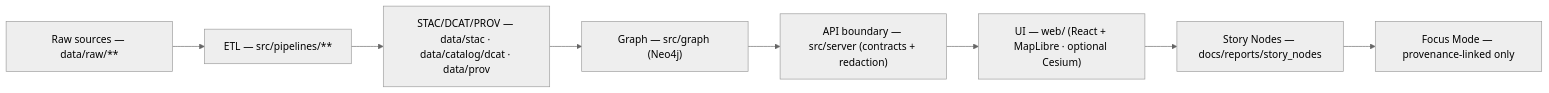
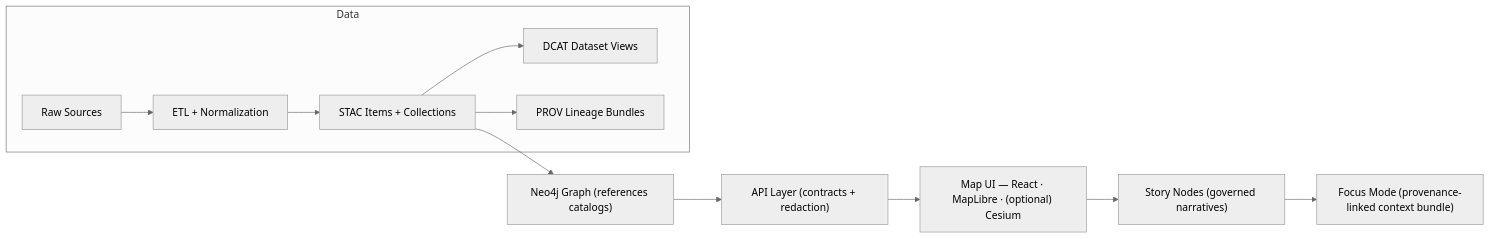
One commit to bartytime4life/Kansas-Frontier-Matrix changed the diagram in README.md. Above: the diagram before and after it, drawn with Mermaid (neutral theme). The commit also changed other lines of this file, not shown here.

```diff
--- a/README.md
+++ b/README.md
@@ -391,10 +82,15 @@
 ~~~mermaid
 flowchart LR
-  R["Raw sources — data/raw/**"] --> A["ETL — src/pipelines/**"]
-  A --> B["STAC/DCAT/PROV — data/stac · data/catalog/dcat · data/prov"]
-  B --> C["Graph — src/graph (Neo4j)"]
-  C --> D["API boundary — src/server (contracts + redaction)"]
-  D --> E["UI — web/ (React + MapLibre · optional Cesium)"]
-  E --> F["Story Nodes — docs/reports/story_nodes"]
-  F --> G["Focus Mode — provenance-linked only"]
+  subgraph Data
+    A["Raw Sources"] --> B["ETL + Normalization"]
+    B --> C["STAC Items + Collections"]
+    C --> D["DCAT Dataset Views"]
+    C --> E["PROV Lineage Bundles"]
+  end
+
+  C --> G["Neo4j Graph (references catalogs)"]
+  G --> H["API Layer (contracts + redaction)"]
+  H --> I["Map UI — React · MapLibre · (optional) Cesium"]
+  I --> J["Story Nodes (governed narratives)"]
+  J --> K["Focus Mode (provenance-linked context bundle)"]
 ~~~
```
